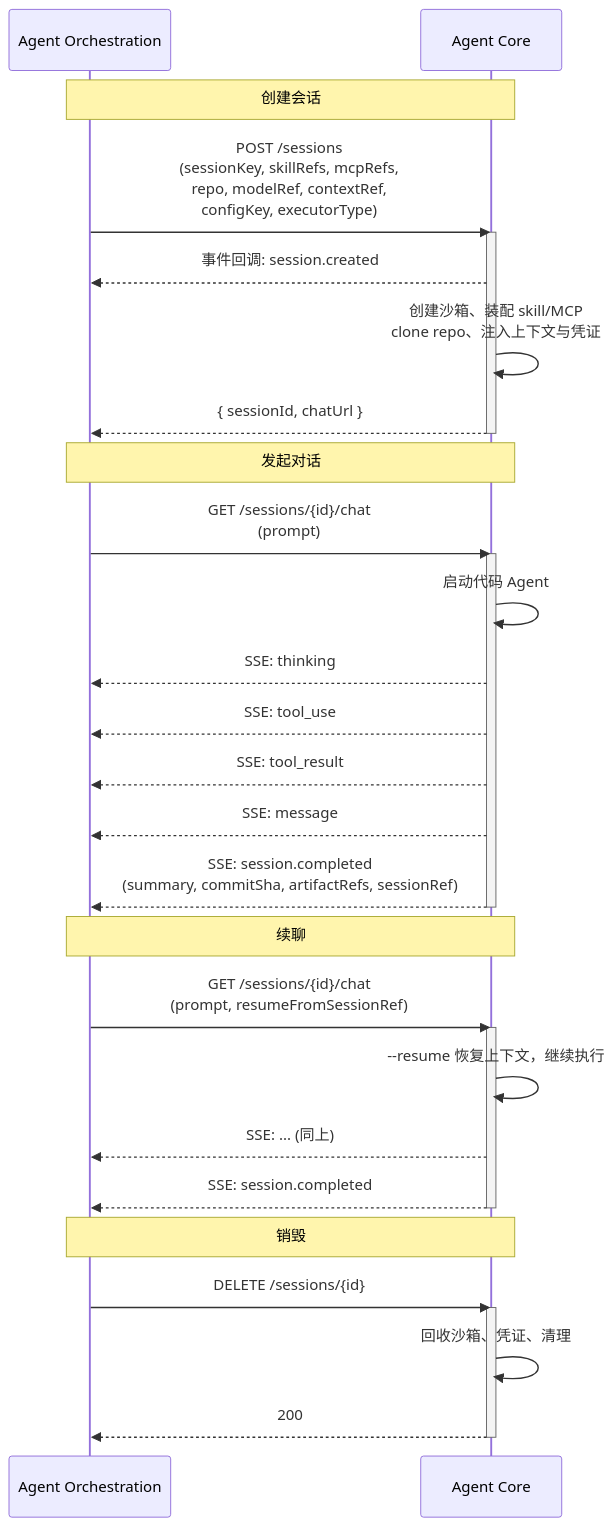
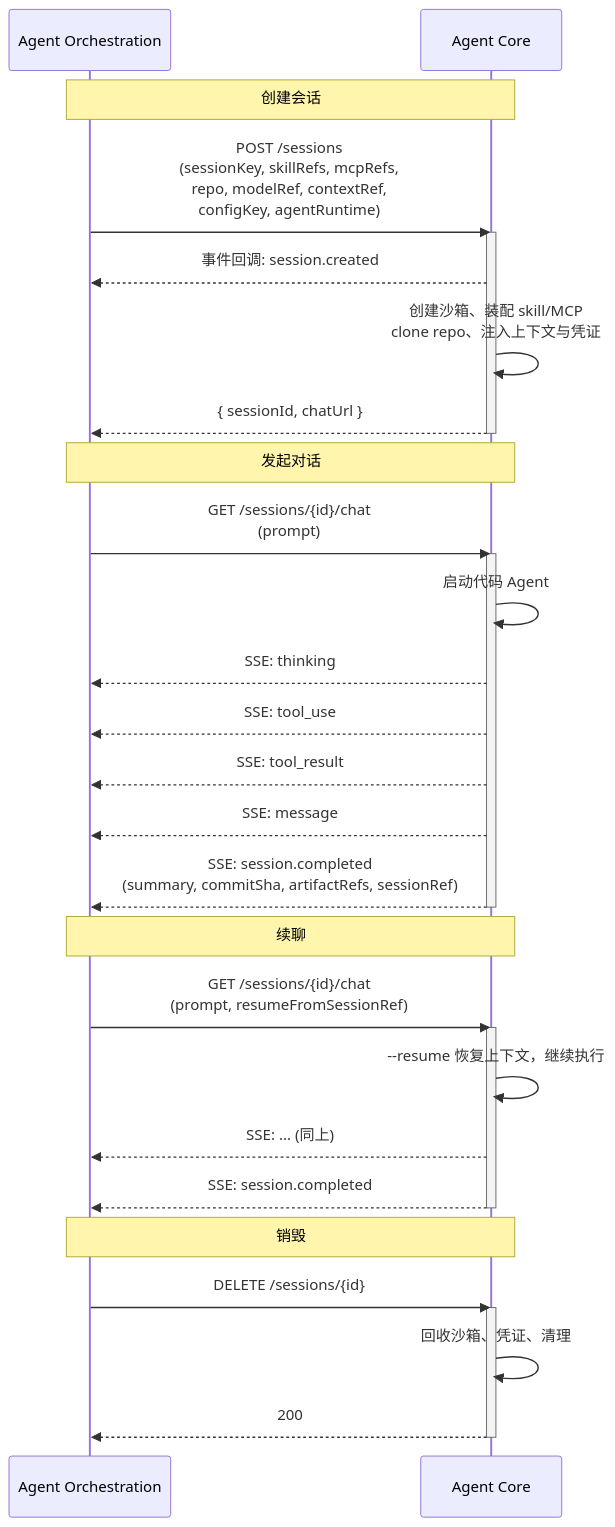
The diagram in docs/product/agent-orchestration/spec/2026-06-05-sandbox-design.md (fenella0401/AgentSpace), drawn with Mermaid before and after one commit. The commit also changed other lines of this file, not shown here.

Commit message:
docs(agent-orchestration): executorType 重命名为 agentRuntime

````diff
--- a/docs/product/agent-orchestration/spec/2026-06-05-sandbox-design.md
+++ b/docs/product/agent-orchestration/spec/2026-06-05-sandbox-design.md
@@ -88,43 +88,43 @@
 ```mermaid
 sequenceDiagram
     participant ORCH as Agent Orchestration
     participant AC as Agent Core
 
     Note over ORCH,AC: 创建会话
 
-    ORCH->>AC: POST /sessions<br/>(sessionKey, skillRefs, mcpRefs,<br/>repo, modelRef, contextRef,<br/>configKey, executorType)
+    ORCH->>AC: POST /sessions<br/>(sessionKey, skillRefs, mcpRefs,<br/>repo, modelRef, contextRef,<br/>configKey, agentRuntime)
     activate AC
     AC-->>ORCH: 事件回调: session.created
     AC->>AC: 创建沙箱、装配 skill/MCP<br/>clone repo、注入上下文与凭证
     AC-->>ORCH: { sessionId, chatUrl }
     deactivate AC
 
     Note over ORCH,AC: 发起对话
 
     ORCH->>AC: GET /sessions/{id}/chat<br/>(prompt)
     activate AC
     AC->>AC: 启动代码 Agent
     AC-->>ORCH: SSE: thinking
     AC-->>ORCH: SSE: tool_use
     AC-->>ORCH: SSE: tool_result
     AC-->>ORCH: SSE: message
     AC-->>ORCH: SSE: session.completed<br/>(summary, commitSha, artifactRefs, sessionRef)
     deactivate AC
 
     Note over ORCH,AC: 续聊
 
     ORCH->>AC: GET /sessions/{id}/chat<br/>(prompt, resumeFromSessionRef)
     activate AC
     AC->>AC: --resume 恢复上下文，继续执行
     AC-->>ORCH: SSE: ... (同上)
     AC-->>ORCH: SSE: session.completed
     deactivate AC
 
     Note over ORCH,AC: 销毁
 
     ORCH->>AC: DELETE /sessions/{id}
     activate AC
     AC->>AC: 回收沙箱、凭证、清理
     AC-->>ORCH: 200
     deactivate AC
 ```
````
